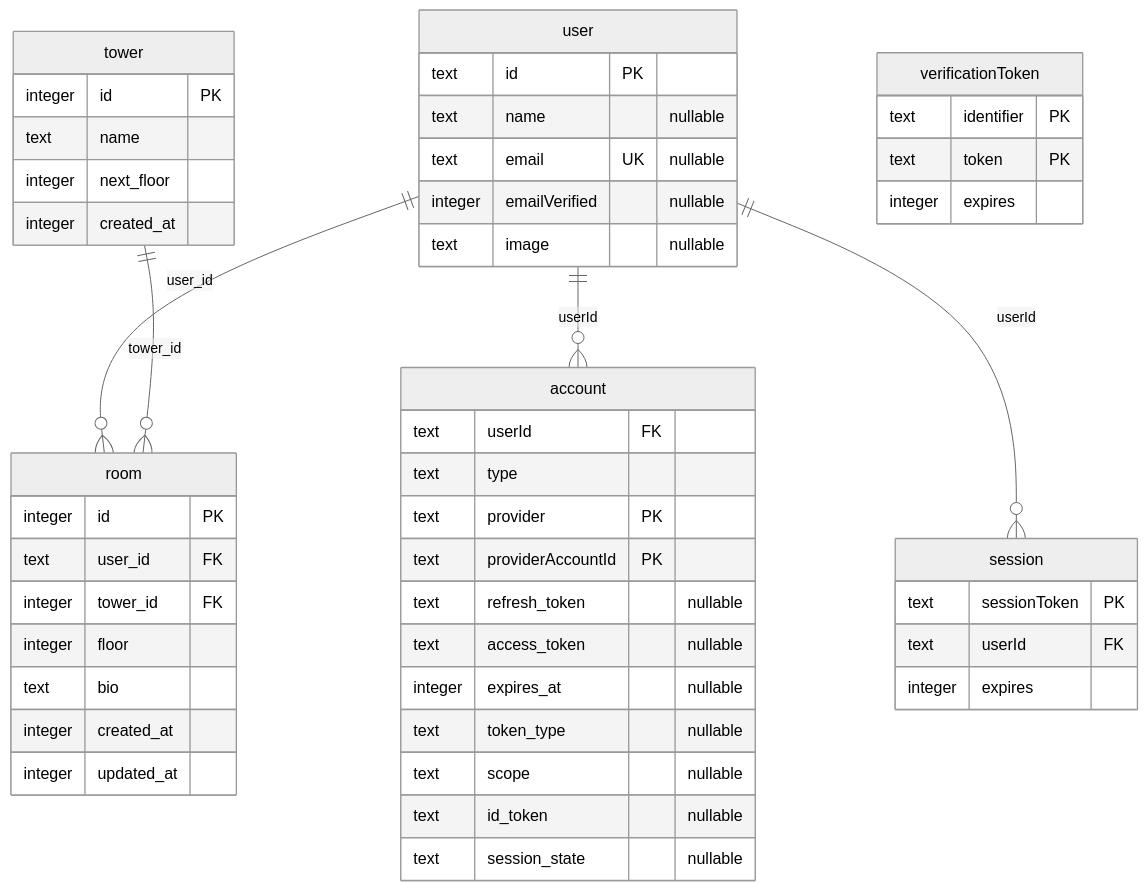
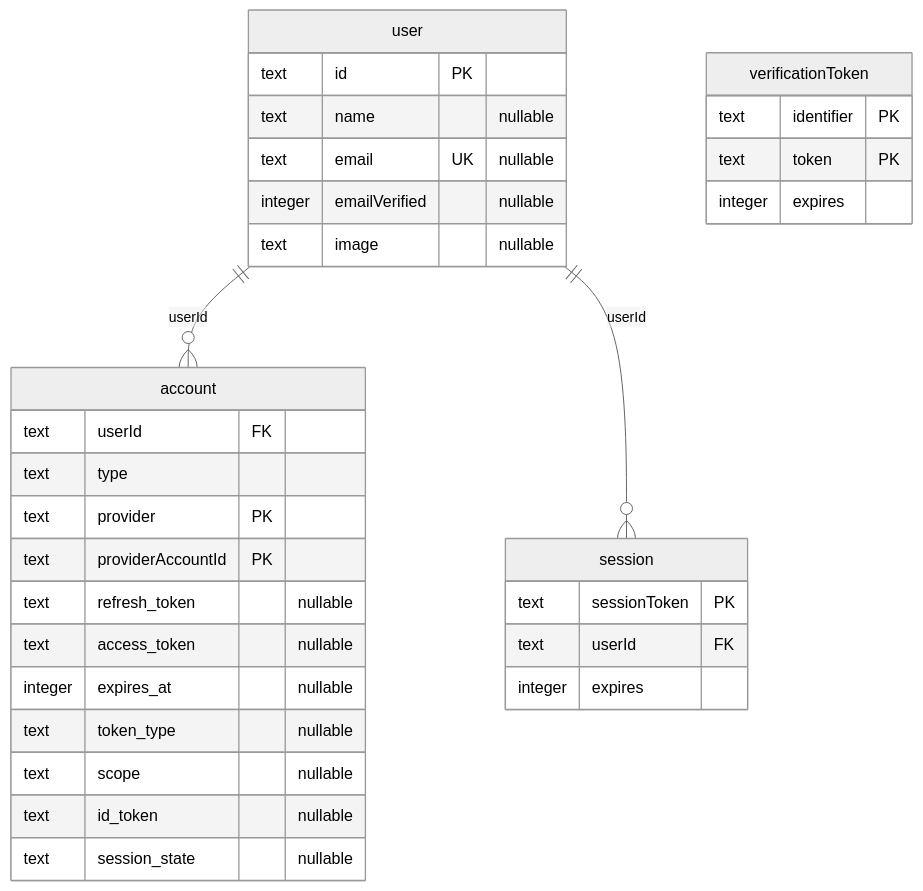
One commit to nito-008/oheya changed the diagram in docs/er.md. Above: the diagram before and after it, drawn with Mermaid (neutral theme). The commit also changed 9 other files, not shown here.

Commit message:
delete: db schema

````diff
--- a/docs/er.md
+++ b/docs/er.md
@@ -6,52 +6,35 @@
 ```mermaid
 erDiagram
   account {
     text userId FK
     text type
     text provider PK
     text providerAccountId PK
     text refresh_token "nullable"
     text access_token "nullable"
     integer expires_at "nullable"
     text token_type "nullable"
     text scope "nullable"
     text id_token "nullable"
     text session_state "nullable"
   }
-  room {
-    integer id PK
-    text user_id FK
-    integer tower_id FK
-    integer floor
-    text bio
-    integer created_at
-    integer updated_at
-  }
   session {
     text sessionToken PK
     text userId FK
     integer expires
-  }
-  tower {
-    integer id PK
-    text name
-    integer next_floor
-    integer created_at
   }
   user {
     text id PK
     text name "nullable"
     text email UK "nullable"
     integer emailVerified "nullable"
     text image "nullable"
   }
   verificationToken {
     text identifier PK
     text token PK
     integer expires
   }
   user ||--o{ account : "userId"
-  user ||--o{ room : "user_id"
-  tower ||--o{ room : "tower_id"
   user ||--o{ session : "userId"
 ```
````
